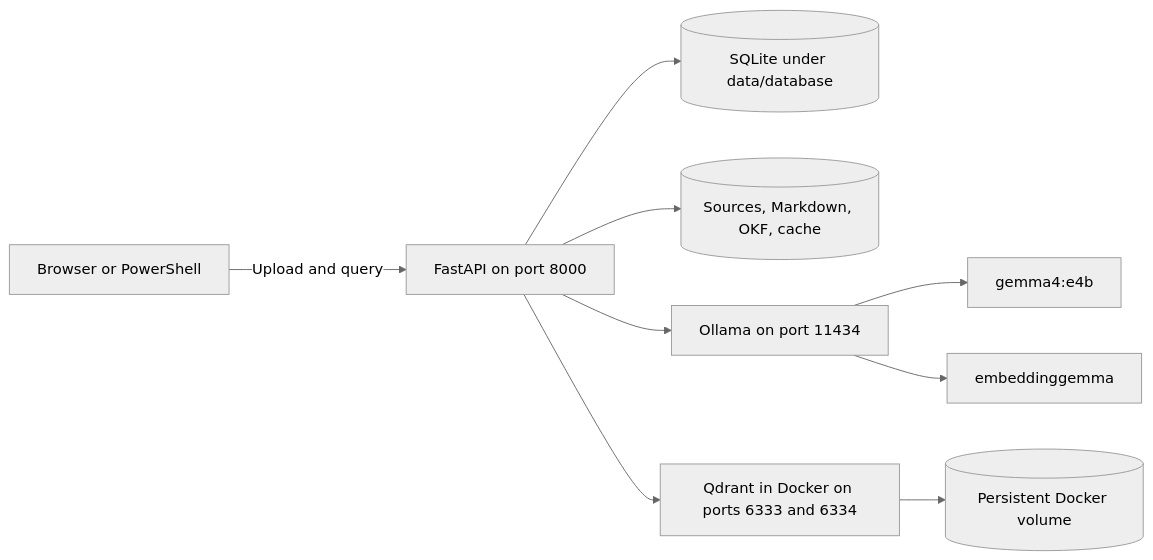
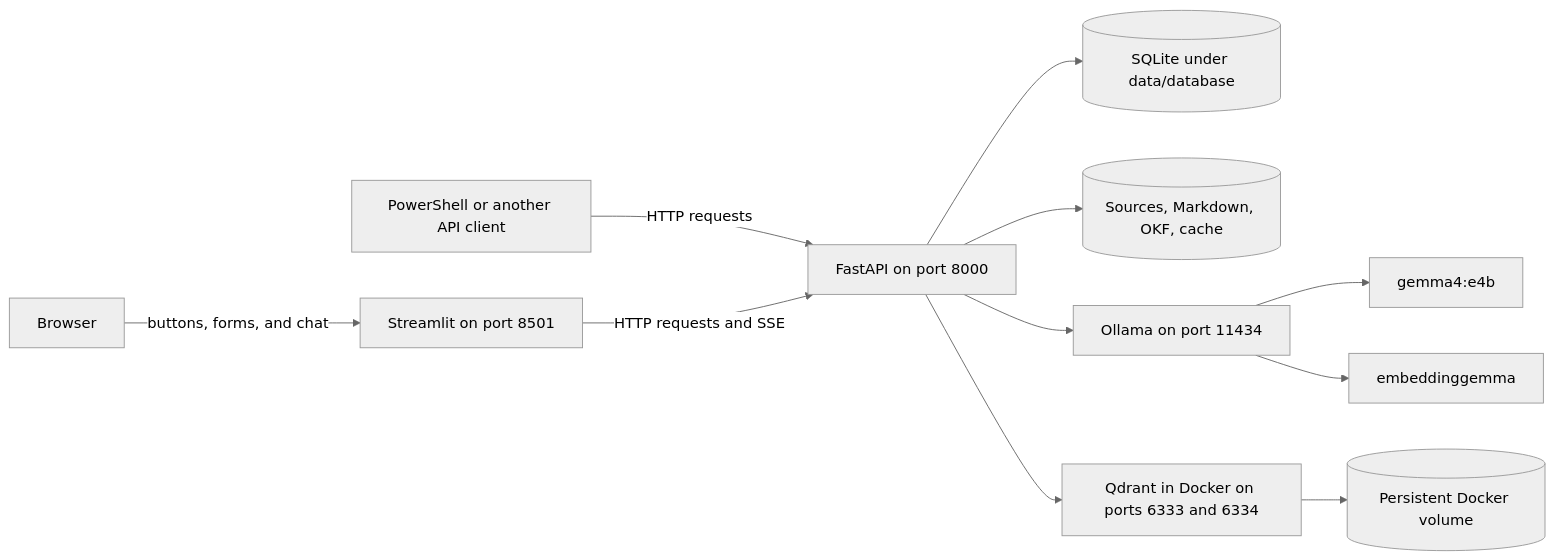
The first of 4 diagrams in super_explaination.md (deb-cod/ausm-rag), drawn with Mermaid (neutral theme) before and after one commit. The commit also changed other lines of this file and 16 other files, not shown here.

````diff
--- a/super_explaination.md
+++ b/super_explaination.md
@@ -85,11 +86,13 @@
 ```mermaid
 flowchart LR
-    Browser[Browser or PowerShell] -->|Upload and query| API[FastAPI on port 8000]
+    Browser[Browser] -->|buttons, forms, and chat| UI[Streamlit on port 8501]
+    PowerShell[PowerShell or another API client] -->|HTTP requests| API[FastAPI on port 8000]
+    UI -->|HTTP requests and SSE| API
     API --> SQLite[(SQLite under data/database)]
     API --> Files[(Sources, Markdown, OKF, cache)]
     API --> Ollama[Ollama on port 11434]
     API --> Qdrant[Qdrant in Docker on ports 6333 and 6334]
     Ollama --> LLM[gemma4:e4b]
     Ollama --> Embed[embeddinggemma]
     Qdrant --> Volume[(Persistent Docker volume)]
 ```
````
